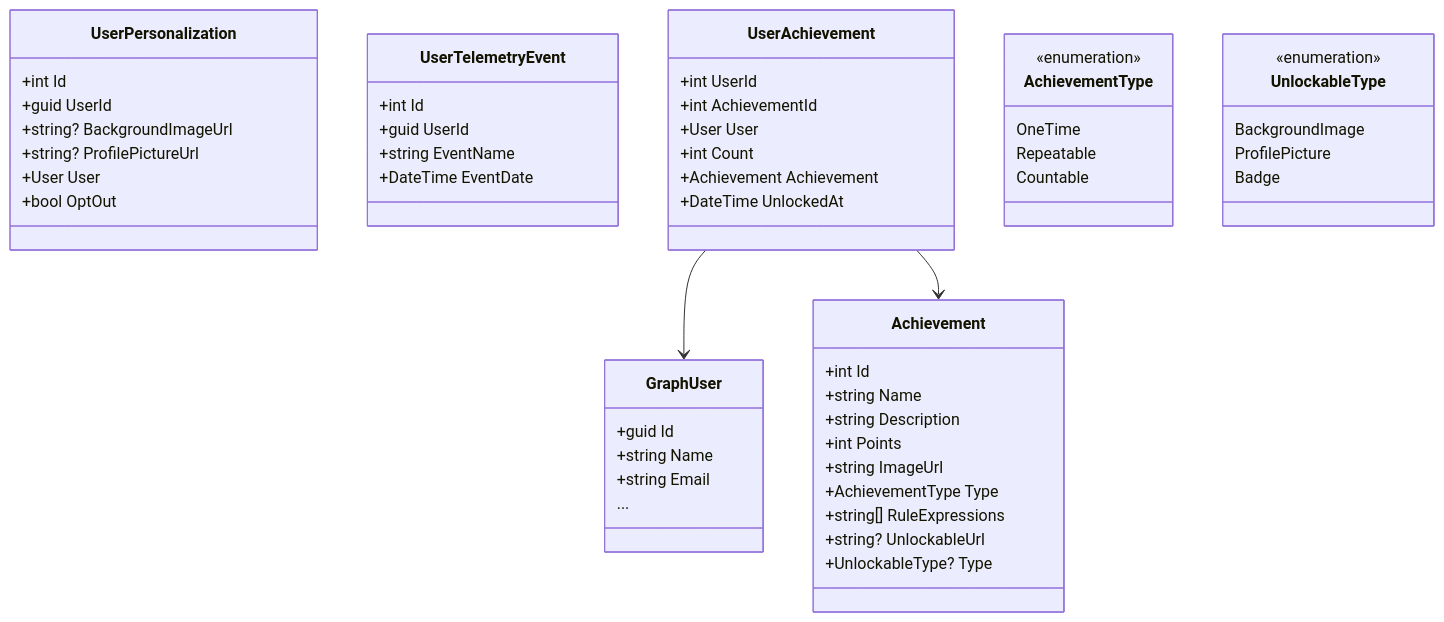
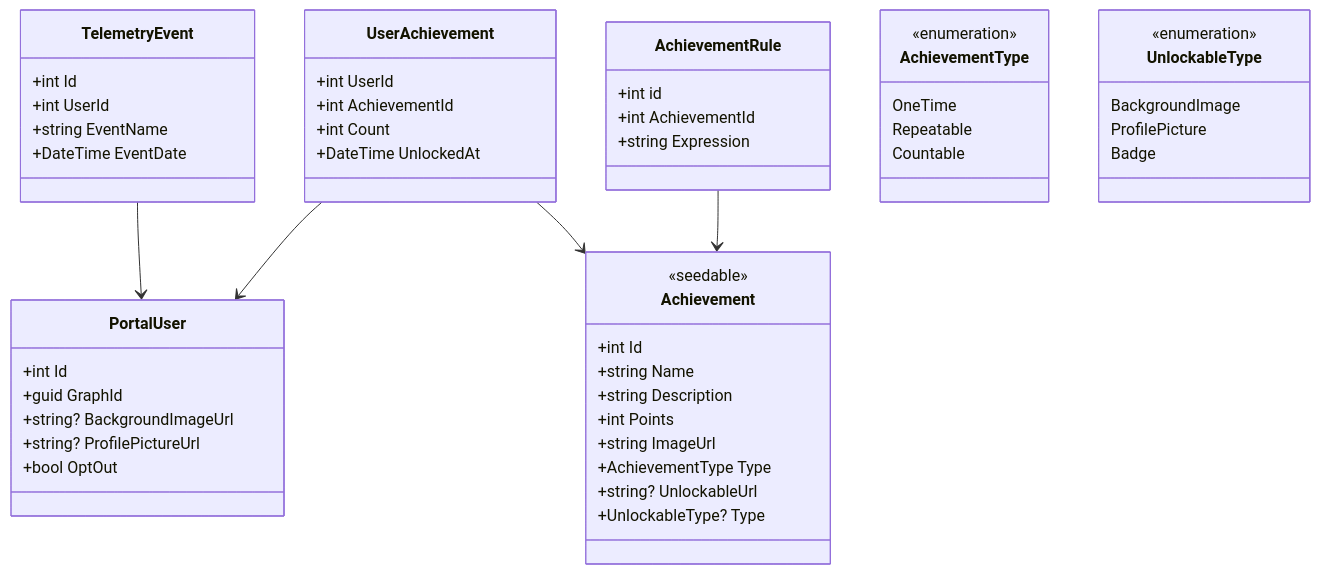
Before and after one commit to ssc-sp/datahub-docs: the diagram in DeveloperGuide/Achievements-Profiles/readme.md, drawn with Mermaid.

Commit message:
Update readme.md
Proposed model v2.

````diff
--- a/DeveloperGuide/Achievements-Profiles/readme.md
+++ b/DeveloperGuide/Achievements-Profiles/readme.md
@@ -42,63 +42,64 @@
 ```mermaid
+
 classDiagram
-    class GraphUser {
-        +guid Id
-        +string Name
-        +string Email
-        ...
-    }
 
-    class UserPersonalization {
+    class PortalUser {
         +int Id
-        +guid UserId
+        +guid GraphId
         +string? BackgroundImageUrl
         +string? ProfilePictureUrl
-        +User User
         +bool OptOut
     }
 
-    class UserTelemetryEvent {
+    class TelemetryEvent {
         +int Id
-        +guid UserId
+        +int UserId
         +string EventName
         +DateTime EventDate
     }
 
     class Achievement {
+        <<seedable>>
         +int Id
         +string Name
         +string Description
         +int Points
         +string ImageUrl
         +AchievementType Type
-        +string[] RuleExpressions
         +string? UnlockableUrl
         +UnlockableType? Type
+    }
+
+    class AchievementRule {
+        +int id
+        +int AchievementId
+        +string Expression
     }
 
     class UserAchievement {
         +int UserId
         +int AchievementId
-        +User User
         +int Count
-        +Achievement Achievement
         +DateTime UnlockedAt
     }
 
     class AchievementType {
         <<enumeration>>
         OneTime
         Repeatable
         Countable
     }
 
     class UnlockableType {
         <<enumeration>>
         BackgroundImage
         ProfilePicture
         Badge
     }
 
-    UserAchievement --> GraphUser
+    AchievementRule --> Achievement
     UserAchievement --> Achievement
+    UserAchievement --> PortalUser
+    TelemetryEvent --> PortalUser
+    
 ```
````
